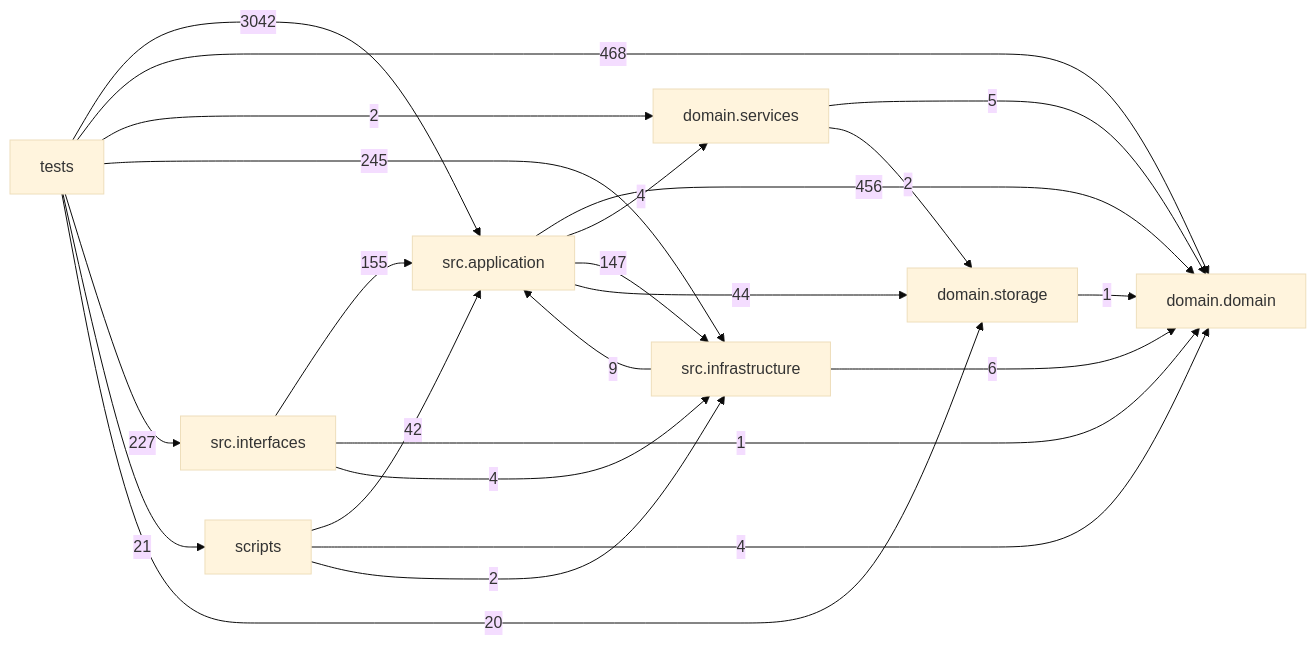
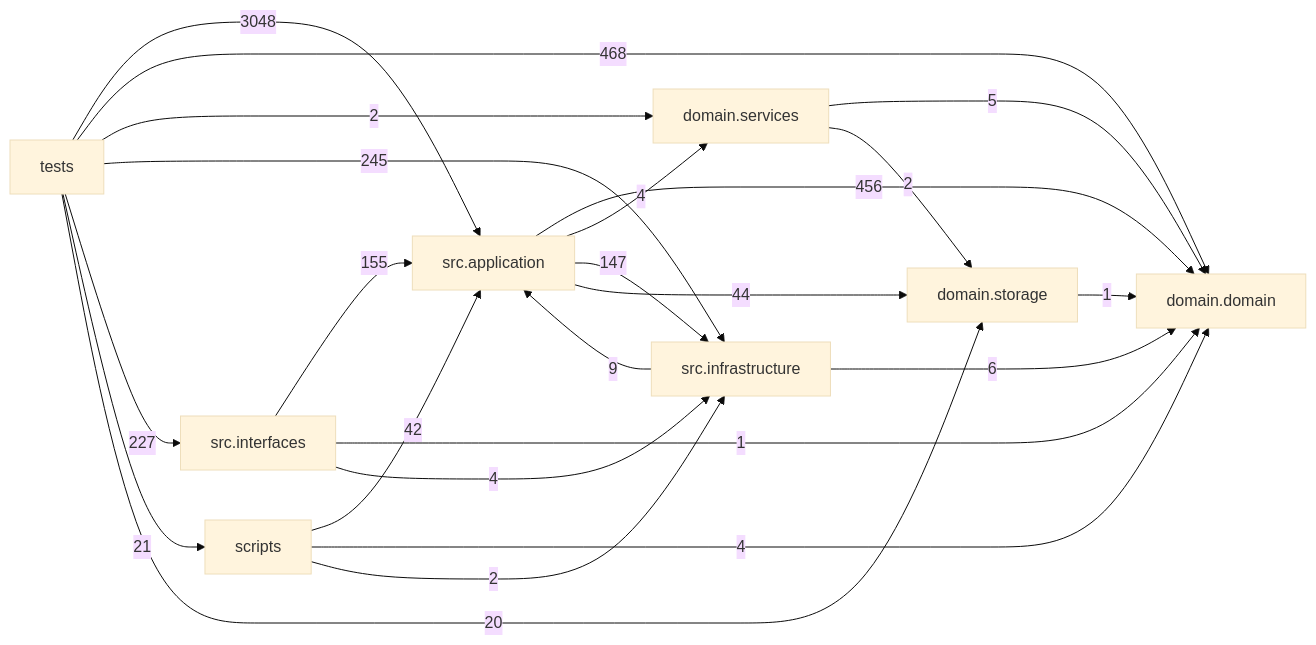
Before and after one commit to liuxie066/options-monitor: the diagram in docs/DEPENDENCY_GRAPH.md, drawn with Mermaid (base theme). The commit also changed other lines of this file and 8 other files, not shown here.

````diff
--- a/docs/DEPENDENCY_GRAPH.md
+++ b/docs/DEPENDENCY_GRAPH.md
@@ -24,33 +24,33 @@
 ```mermaid
 flowchart LR
   tests["tests"]
   scripts["scripts"]
   interfaces["src.interfaces"]
   application["src.application"]
   infrastructure["src.infrastructure"]
   domain_services["domain.services"]
   domain["domain.domain"]
   storage["domain.storage"]
   application -->|456| domain
   application -->|4| domain_services
   application -->|147| infrastructure
   application -->|44| storage
   domain_services -->|5| domain
   domain_services -->|2| storage
   infrastructure -->|9| application
   infrastructure -->|6| domain
   interfaces -->|155| application
   interfaces -->|1| domain
   interfaces -->|4| infrastructure
   scripts -->|42| application
   scripts -->|4| domain
   scripts -->|2| infrastructure
   storage -->|1| domain
-  tests -->|3042| application
+  tests -->|3048| application
   tests -->|468| domain
   tests -->|2| domain_services
   tests -->|245| infrastructure
   tests -->|227| interfaces
   tests -->|21| scripts
   tests -->|20| storage
 ```
````
